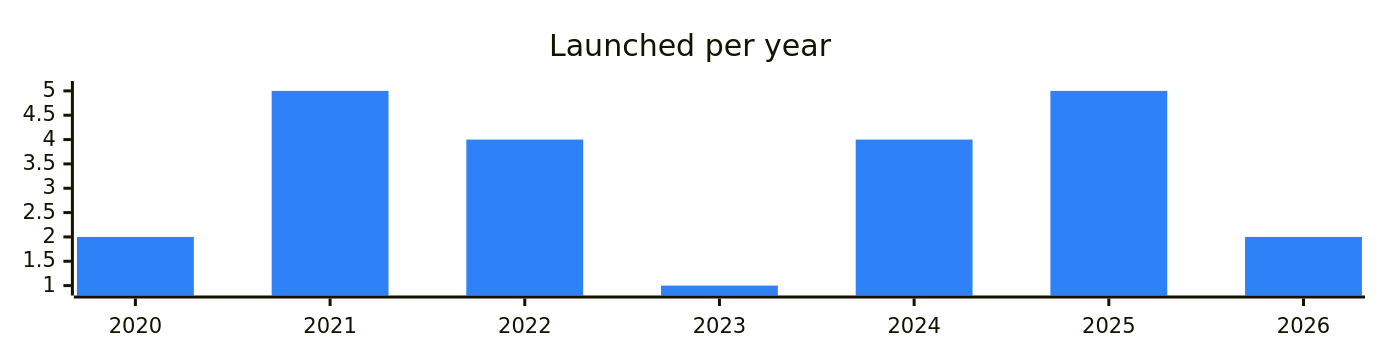
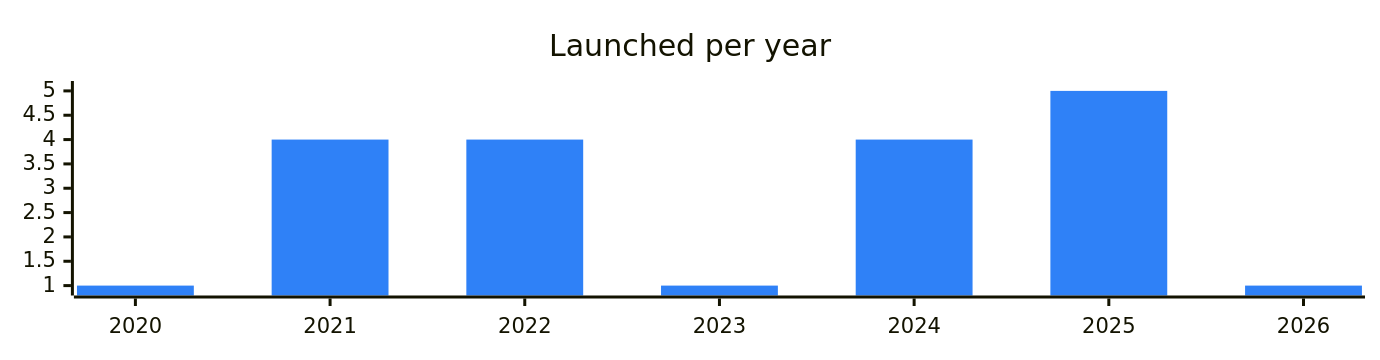
The diagram in categories/bridges.md (vitalikgpt/gram-ecosystem), drawn with Mermaid before and after one commit. The commit also changed other lines of this file and 69 other files, not shown here.

````diff
--- a/categories/bridges.md
+++ b/categories/bridges.md
@@ -7,7 +7,7 @@
 ```mermaid
 %%{init: {"xyChart": {"width": 900, "height": 220}, "themeVariables": {"xyChart": {"plotColorPalette": "#2f81f7"}}}}%%
 xychart-beta
   title "Launched per year"
   x-axis ["2020", "2021", "2022", "2023", "2024", "2025", "2026"]
-  bar [2, 5, 4, 1, 4, 5, 2]
+  bar [1, 4, 4, 1, 4, 5, 1]
 ```
````
